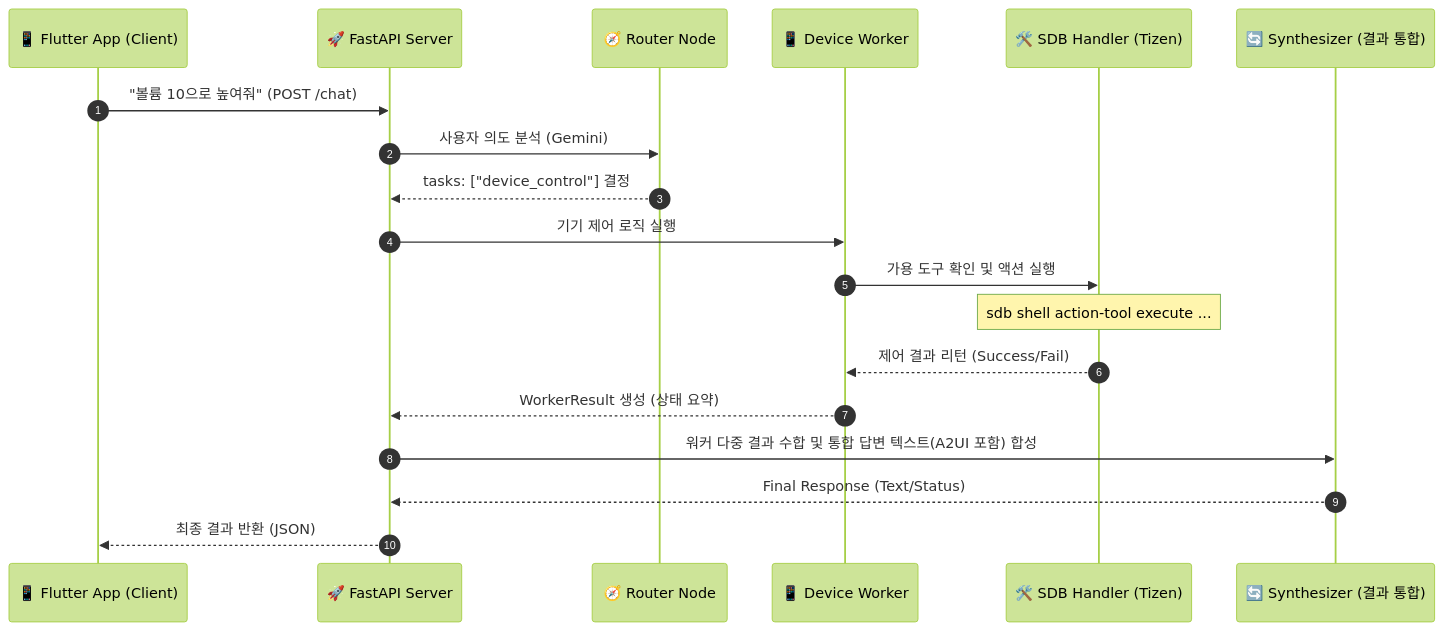
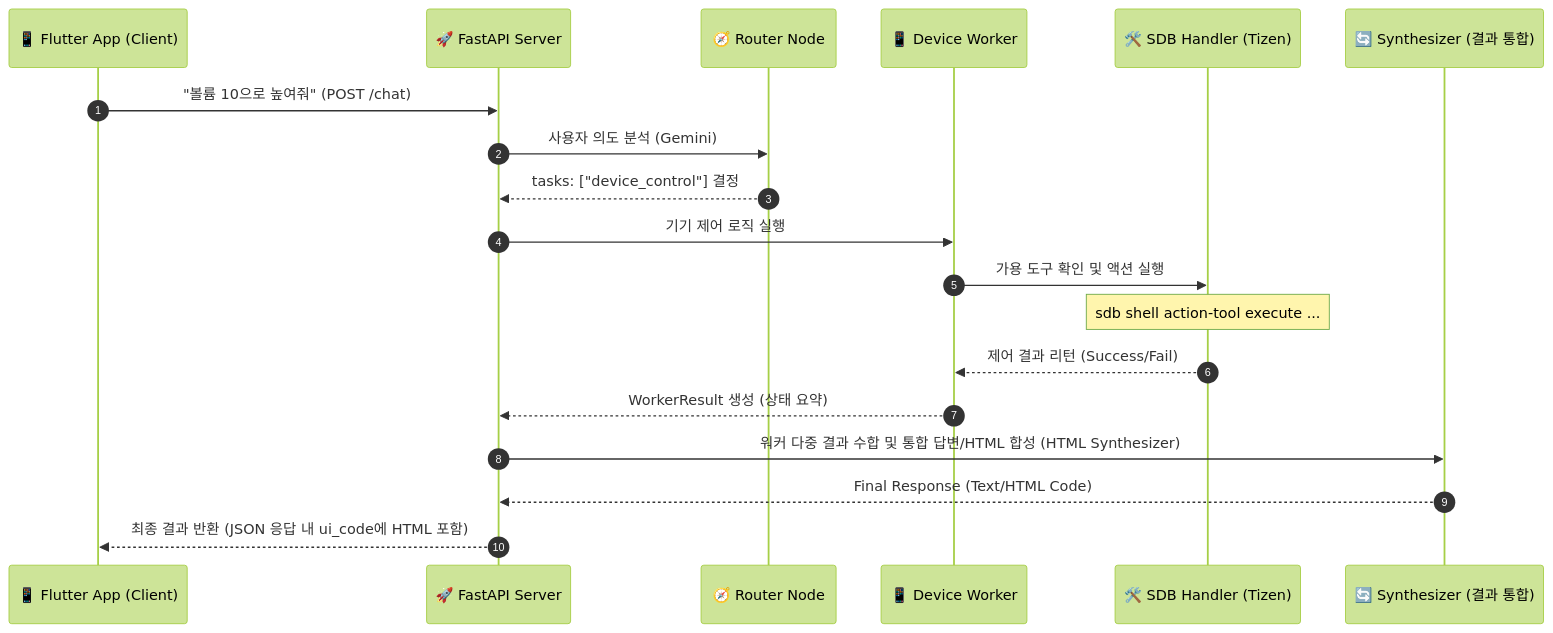
The third of 3 diagrams in README.md (shyunMin/tizen-home-agent), drawn with Mermaid (forest theme) before and after one commit. The commit also changed other lines of this file and 2 other files, not shown here.

Commit message:
Refactor synthesizer_node to html_synthesizer_node and return pure HTML in ui_code

````diff
--- a/README.md
+++ b/README.md
@@ -105,25 +105,25 @@
 ```mermaid
 sequenceDiagram
     autonumber
     participant App as 📱 Flutter App (Client)
     participant Server as 🚀 FastAPI Server
     participant Router as 🧭 Router Node
     participant Device as 📱 Device Worker
     participant SDB as 🛠️ SDB Handler (Tizen)
     participant Recon as 🔄 Synthesizer (결과 통합)
 
     App->>Server: "볼륨 10으로 높여줘" (POST /chat)
     Server->>Router: 사용자 의도 분석 (Gemini)
     Router-->>Server: tasks: ["device_control"] 결정
     
     Server->>Device: 기기 제어 로직 실행
     Device->>SDB: 가용 도구 확인 및 액션 실행
     Note over SDB: sdb shell action-tool execute ...
     SDB-->>Device: 제어 결과 리턴 (Success/Fail)
     
     Device-->>Server: WorkerResult 생성 (상태 요약)
-    Server->>Recon: 워커 다중 결과 수합 및 통합 답변 텍스트(A2UI 포함) 합성
-    Recon-->>Server: Final Response (Text/Status)
+    Server->>Recon: 워커 다중 결과 수합 및 통합 답변/HTML 합성 (HTML Synthesizer)
+    Recon-->>Server: Final Response (Text/HTML Code)
     
-    Server-->>App: 최종 결과 반환 (JSON)
+    Server-->>App: 최종 결과 반환 (JSON 응답 내 ui_code에 HTML 포함)
 ```
````
